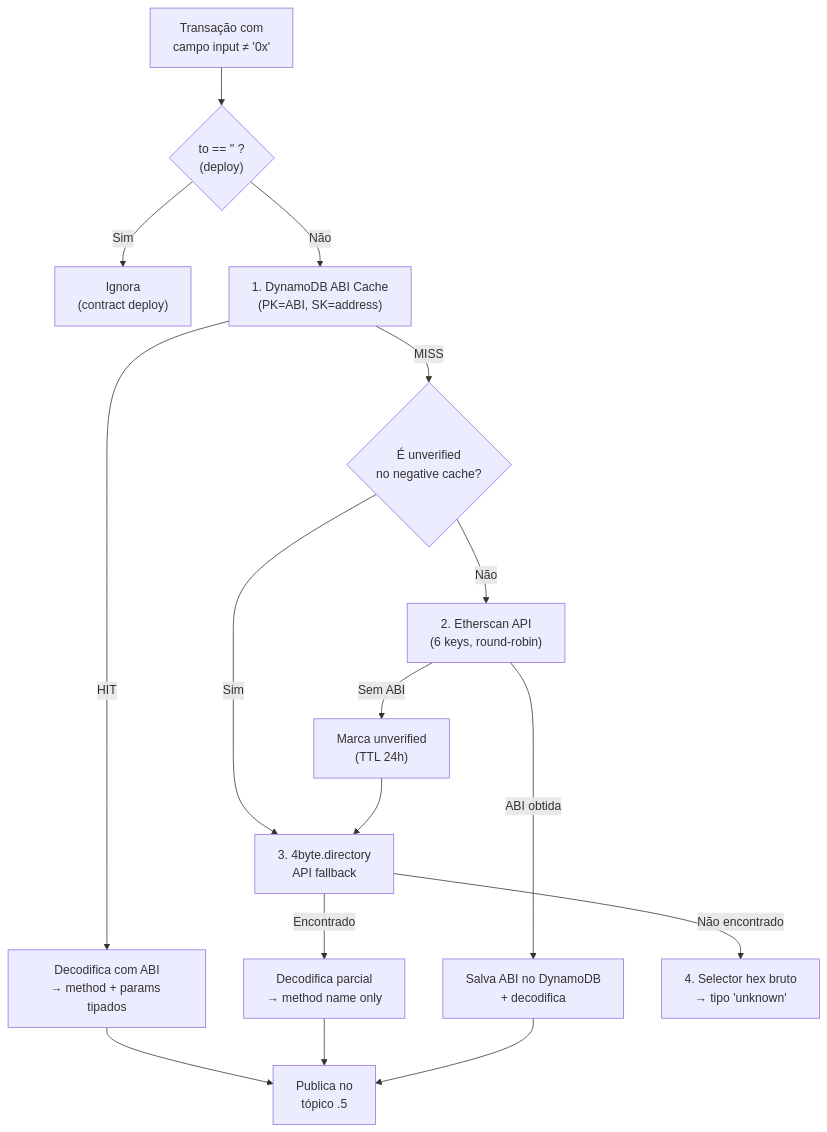
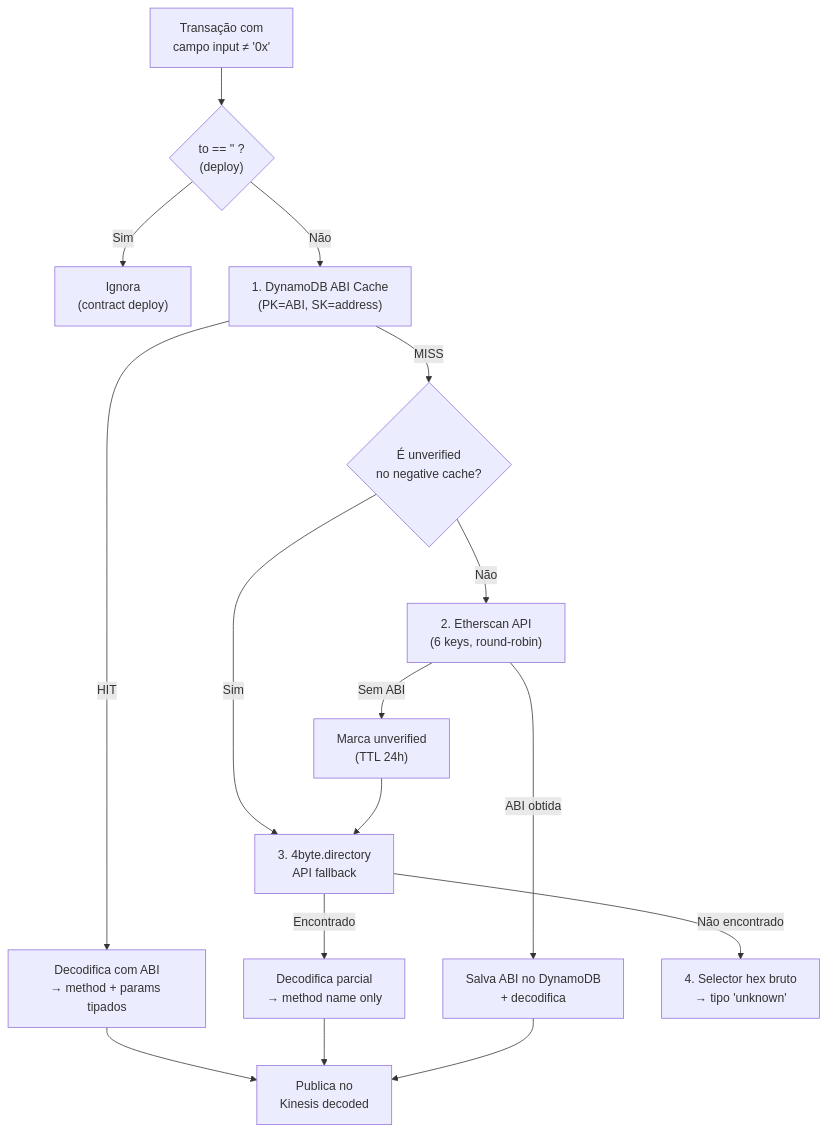
One commit to marcoaureliomenezes/dd_chain_explorer changed the third of 3 diagrams in docs/02_data_capture.md. Above: the diagram before and after it, drawn with Mermaid. The commit also changed other lines of this file and 8 other files, not shown here.

````diff
--- a/docs/02_data_capture.md
+++ b/docs/02_data_capture.md
@@ -202,18 +210,18 @@
 ```mermaid
 flowchart TD
     TX["Transação com<br/>campo input ≠ '0x'"] --> SKIP{"to == '' ?<br/>(deploy)"}
     SKIP -->|Sim| DROP["Ignora<br/>(contract deploy)"]
     SKIP -->|Não| CACHE["1. DynamoDB ABI Cache<br/>(PK=ABI, SK=address)"]
     CACHE -->|HIT| DECODE1["Decodifica com ABI<br/>→ method + params tipados"]
     CACHE -->|MISS| NV{"É unverified<br/>no negative cache?"}
     NV -->|Sim| FOURBYTE["3. 4byte.directory<br/>API fallback"]
     NV -->|Não| ETHERSCAN["2. Etherscan API<br/>(6 keys, round-robin)"]
     ETHERSCAN -->|ABI obtida| STORE["Salva ABI no DynamoDB<br/>+ decodifica"]
     ETHERSCAN -->|Sem ABI| MARK["Marca unverified<br/>(TTL 24h)"]
     MARK --> FOURBYTE
     FOURBYTE -->|Encontrado| DECODE2["Decodifica parcial<br/>→ method name only"]
     FOURBYTE -->|Não encontrado| RAW["4. Selector hex bruto<br/>→ tipo 'unknown'"]
-    DECODE1 --> OUT["Publica no<br/>tópico .5"]
+    DECODE1 --> OUT["Publica no<br/>Kinesis decoded"]
     DECODE2 --> OUT
     STORE --> OUT
 ```
````
